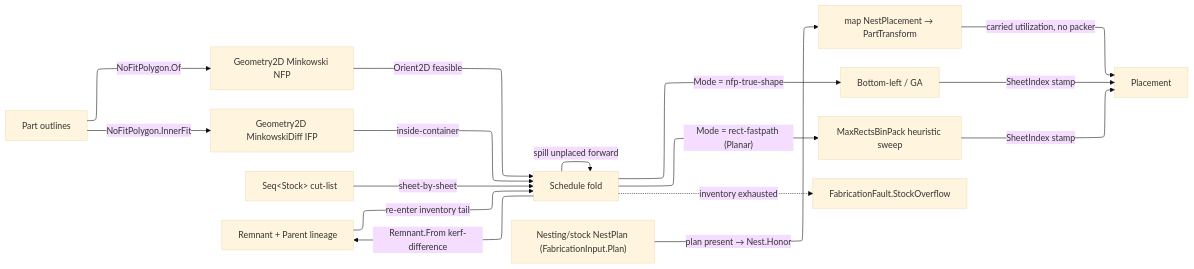
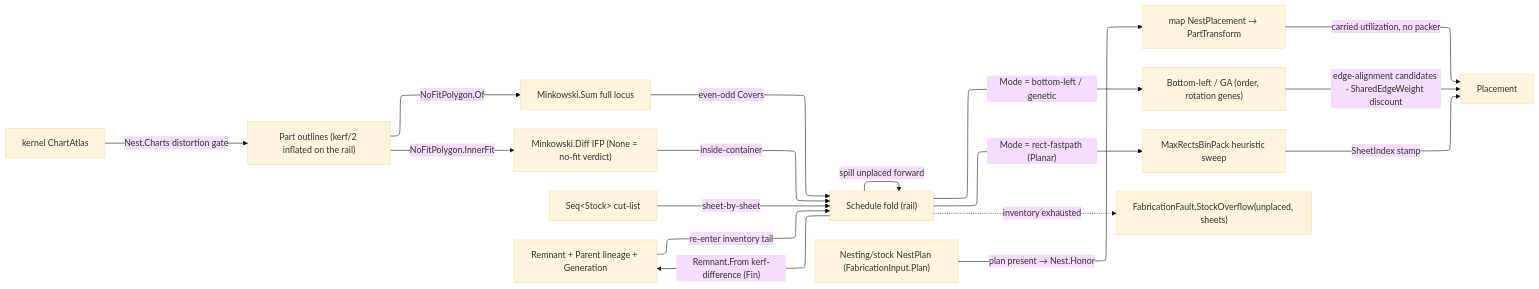
The diagram in libs/csharp/Rasm.Fabrication/.planning/Nesting/nfp.md (bsamiee/Rasm), drawn with Mermaid before and after one commit. The commit also changed other lines of this file and 79 other files, not shown here.

````diff
--- a/libs/csharp/Rasm.Fabrication/.planning/Nesting/nfp.md
+++ b/libs/csharp/Rasm.Fabrication/.planning/Nesting/nfp.md
@@ -471,23 +562,24 @@
 ```mermaid
 ---
 config:
   layout: elk
   theme: base
 ---
 flowchart LR
-    Profiles["Part outlines"] -->|NoFitPolygon.Of| NFP["Geometry2D Minkowski NFP"]
-    Profiles -->|NoFitPolygon.InnerFit| IFP["Geometry2D MinkowskiDiff IFP"]
-    Inventory["Seq&lt;Stock&gt; cut-list"] -->|sheet-by-sheet| Schedule["Schedule fold"]
+    Profiles["Part outlines (kerf/2 inflated on the rail)"] -->|NoFitPolygon.Of| NFP["Minkowski.Sum full locus"]
+    Profiles -->|NoFitPolygon.InnerFit| IFP["Minkowski.Diff IFP (None = no-fit verdict)"]
+    Atlas["kernel ChartAtlas"] -->|"Nest.Charts distortion gate"| Profiles
+    Inventory["Seq&lt;Stock&gt; cut-list"] -->|sheet-by-sheet| Schedule["Schedule fold (rail)"]
     Plan["Nesting/stock NestPlan (FabricationInput.Plan)"] -->|"plan present → Nest.Honor"| Honor["map NestPlacement → PartTransform"]
     Honor -->|carried utilization, no packer| Placement
-    NFP -->|Orient2D feasible| Schedule
+    NFP -->|even-odd Covers| Schedule
     IFP -->|inside-container| Schedule
-    Schedule -->|"Mode = nfp-true-shape"| BottomLeft["Bottom-left / GA"]
+    Schedule -->|"Mode = bottom-left / genetic"| BottomLeft["Bottom-left / GA (order, rotation genes)"]
     Schedule -->|"Mode = rect-fastpath (Planar)"| Rect["MaxRectsBinPack heuristic sweep"]
-    BottomLeft -->|SheetIndex stamp| Placement["Placement"]
+    BottomLeft -->|"edge-alignment candidates · SharedEdgeWeight discount"| Placement["Placement"]
     Rect -->|SheetIndex stamp| Placement
     Schedule -->|spill unplaced forward| Schedule
-    Schedule -->|"Remnant.From kerf-difference"| Remnant["Remnant + Parent lineage"]
+    Schedule -->|"Remnant.From kerf-difference (Fin)"| Remnant["Remnant + Parent lineage + Generation"]
     Remnant -->|re-enter inventory tail| Schedule
-    Schedule -.->|inventory exhausted| Overflow["FabricationFault.StockOverflow"]
+    Schedule -.->|inventory exhausted| Overflow["FabricationFault.StockOverflow(unplaced, sheets)"]
 ```
````
